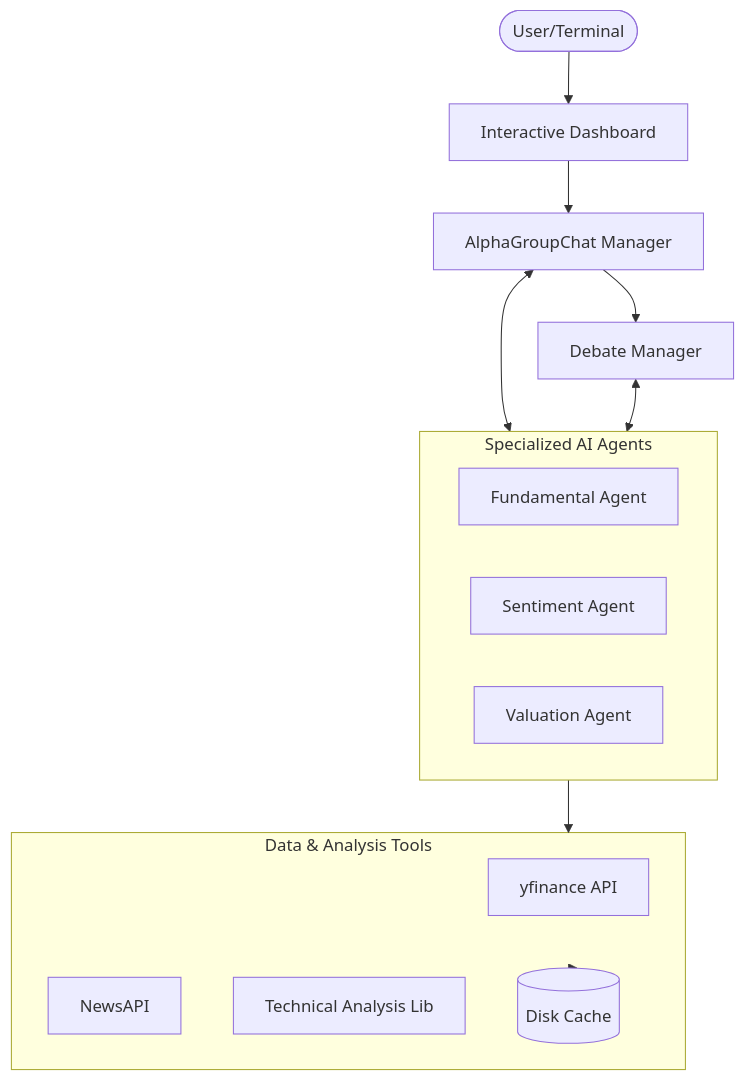
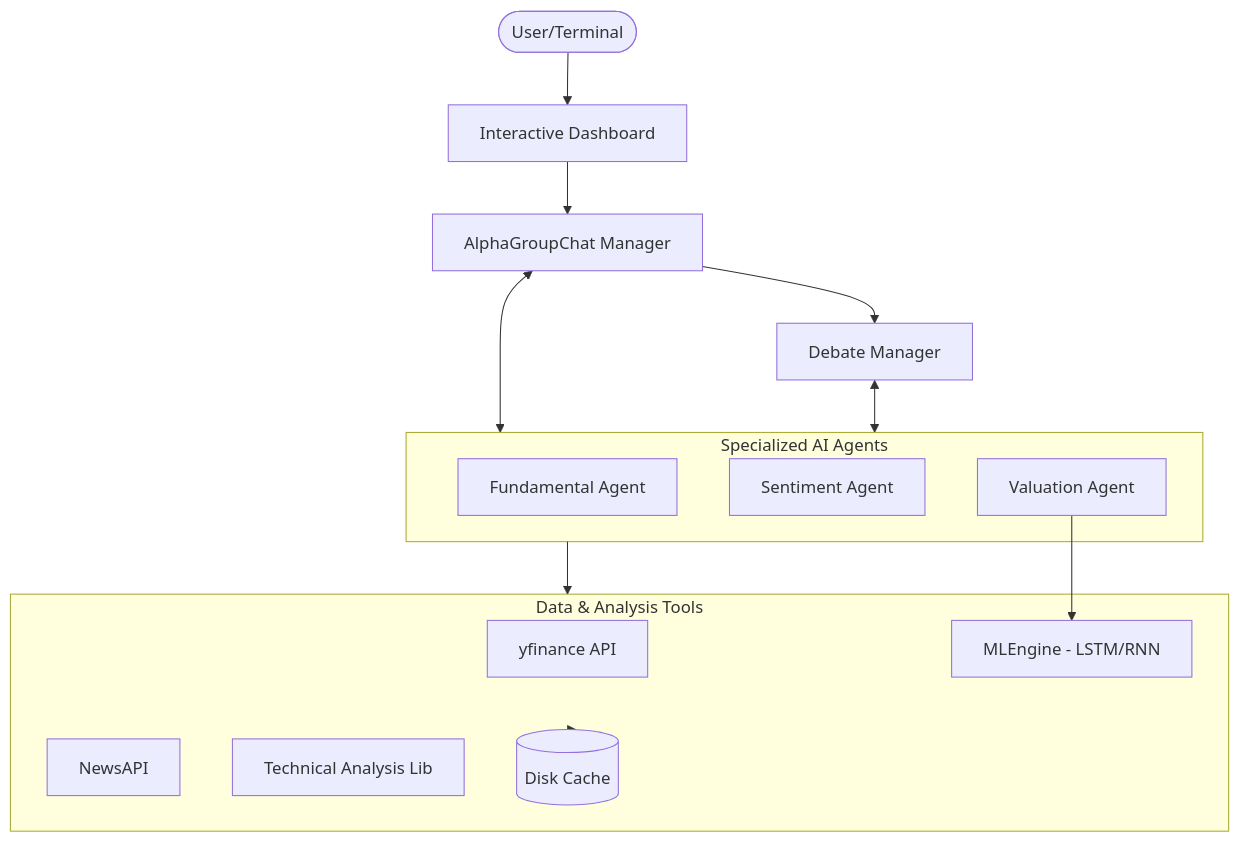
Before and after one commit to thanhauco/Agentic-AI---Equity-Portfolio: the first of 3 diagrams in README.md, drawn with Mermaid. The commit also changed 4 other files, not shown here.

Commit message:
Integrate Deep Learning (LSTM RNN) and Advanced ML Analytics into framework

````diff
--- a/README.md
+++ b/README.md
@@ -27,25 +27,27 @@
 ```mermaid
 graph TD
     User([User/Terminal]) --> Dashboard[Interactive Dashboard]
     Dashboard --> Orchestrator[AlphaGroupChat Manager]
     Orchestrator --> Debate[Debate Manager]
 
     subgraph Agents [Specialized AI Agents]
         Fundamental[Fundamental Agent]
         Sentiment[Sentiment Agent]
         Valuation[Valuation Agent]
     end
 
     Orchestrator <--> Agents
     Debate <--> Agents
 
     subgraph Tools [Data & Analysis Tools]
         YF[yfinance API]
         NAPI[NewsAPI]
         TA[Technical Analysis Lib]
+        ML[MLEngine - LSTM/RNN]
         Cache[(Disk Cache)]
     end
 
     Agents --> Tools
     Tools --> Cache
+    Valuation --> ML
 ```
````
